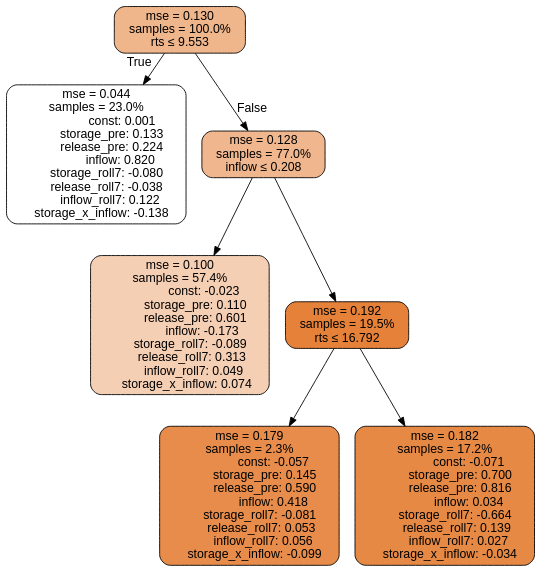
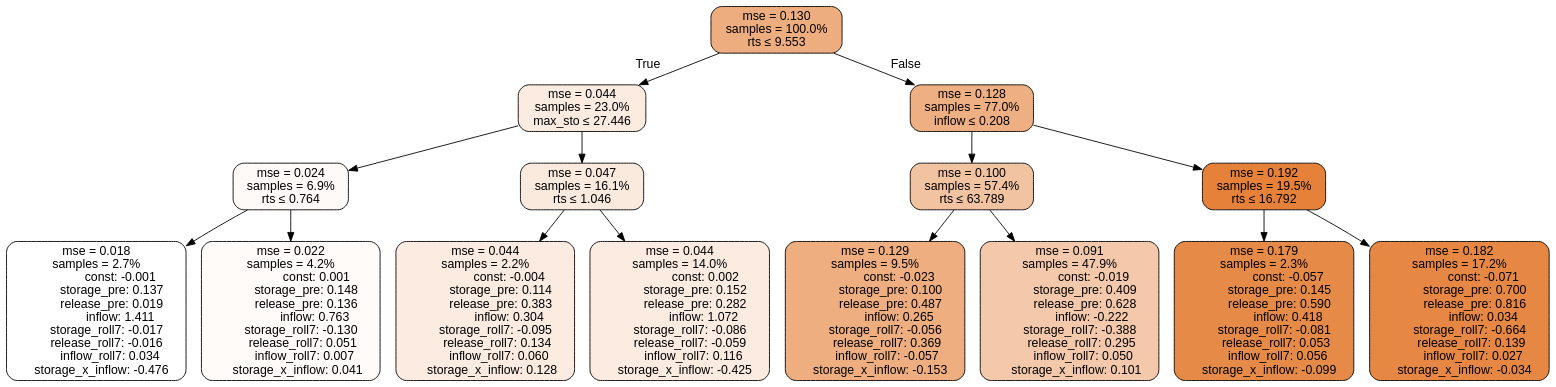
Before and after one commit to lcford2/predict-release: the diagram in results/tclr_model/all/TD3_RT_MS_exhaustive/tree.dot, drawn with Graphviz. The commit also changed 2 other files, not shown here.

```diff
--- a/results/tclr_model/all/TD3_RT_MS_exhaustive/tree.dot
+++ b/results/tclr_model/all/TD3_RT_MS_exhaustive/tree.dot
@@ -1,61 +1,121 @@
 digraph tree {
 bgcolor="transparent"
 node [shape=rectangle, style="filled, rounded", color="black", fontname=helvetica] ;
 edge [fontname=helvetica] ;
 	"0" [label="mse = 0.130
 samples = 100.0%
-rts &le; 9.553", fillcolor="#efb58b"]
+rts &le; 9.553", fillcolor="#eead7f"]
 	"1" [label="mse = 0.044
 samples = 23.0%
+max_sto &le; 27.446", fillcolor="#fbebe1"]
+	"2" [label="mse = 0.024
+samples = 6.9%
+rts &le; 0.764", fillcolor="#fefaf7"]
+	"3" [label="mse = 0.018
+samples = 2.7%
+               const: -0.001
+          storage_pre: 0.137
+          release_pre: 0.019
+               inflow: 1.411
+       storage_roll7: -0.017
+       release_roll7: -0.016
+         inflow_roll7: 0.034
+    storage_x_inflow: -0.476", fillcolor="#ffffff"]
+	"4" [label="mse = 0.022
+samples = 4.2%
                 const: 0.001
-          storage_pre: 0.133
-          release_pre: 0.224
-               inflow: 0.820
-       storage_roll7: -0.080
-       release_roll7: -0.038
-         inflow_roll7: 0.122
-    storage_x_inflow: -0.138", fillcolor="#ffffff"]
-	"2" [label="mse = 0.128
+          storage_pre: 0.148
+          release_pre: 0.136
+               inflow: 0.763
+       storage_roll7: -0.130
+        release_roll7: 0.051
+         inflow_roll7: 0.007
+     storage_x_inflow: 0.041", fillcolor="#fefbf9"]
+	"5" [label="mse = 0.047
+samples = 16.1%
+rts &le; 1.046", fillcolor="#fae9dd"]
+	"6" [label="mse = 0.044
+samples = 2.2%
+               const: -0.004
+          storage_pre: 0.114
+          release_pre: 0.383
+               inflow: 0.304
+       storage_roll7: -0.095
+        release_roll7: 0.134
+         inflow_roll7: 0.060
+     storage_x_inflow: 0.128", fillcolor="#fbebe0"]
+	"7" [label="mse = 0.044
+samples = 14.0%
+                const: 0.002
+          storage_pre: 0.152
+          release_pre: 0.282
+               inflow: 1.072
+       storage_roll7: -0.086
+       release_roll7: -0.059
+         inflow_roll7: 0.116
+    storage_x_inflow: -0.425", fillcolor="#fbebe0"]
+	"8" [label="mse = 0.128
 samples = 77.0%
-inflow &le; 0.208", fillcolor="#f0b78f"]
-	"3" [label="mse = 0.100
+inflow &le; 0.208", fillcolor="#eeaf82"]
+	"9" [label="mse = 0.100
 samples = 57.4%
+rts &le; 63.789", fillcolor="#f2c3a1"]
+	"10" [label="mse = 0.129
+samples = 9.5%
                const: -0.023
-          storage_pre: 0.110
-          release_pre: 0.601
-              inflow: -0.173
-       storage_roll7: -0.089
-        release_roll7: 0.313
-         inflow_roll7: 0.049
-     storage_x_inflow: 0.074", fillcolor="#f5cfb4"]
-	"4" [label="mse = 0.192
+          storage_pre: 0.100
+          release_pre: 0.487
+               inflow: 0.265
+       storage_roll7: -0.056
+        release_roll7: 0.369
+        inflow_roll7: -0.057
+    storage_x_inflow: -0.153", fillcolor="#eeae80"]
+	"11" [label="mse = 0.091
+samples = 47.9%
+               const: -0.019
+          storage_pre: 0.409
+          release_pre: 0.628
+              inflow: -0.222
+       storage_roll7: -0.388
+        release_roll7: 0.295
+         inflow_roll7: 0.050
+     storage_x_inflow: 0.101", fillcolor="#f4c9ab"]
+	"12" [label="mse = 0.192
 samples = 19.5%
 rts &le; 16.792", fillcolor="#e58139"]
-	"5" [label="mse = 0.179
+	"13" [label="mse = 0.179
 samples = 2.3%
                const: -0.057
           storage_pre: 0.145
           release_pre: 0.590
                inflow: 0.418
        storage_roll7: -0.081
         release_roll7: 0.053
          inflow_roll7: 0.056
-    storage_x_inflow: -0.099", fillcolor="#e78c4a"]
-	"6" [label="mse = 0.182
+    storage_x_inflow: -0.099", fillcolor="#e68a47"]
+	"14" [label="mse = 0.182
 samples = 17.2%
                const: -0.071
           storage_pre: 0.700
           release_pre: 0.816
                inflow: 0.034
        storage_roll7: -0.664
         release_roll7: 0.139
          inflow_roll7: 0.027
-    storage_x_inflow: -0.034", fillcolor="#e68945"]
+    storage_x_inflow: -0.034", fillcolor="#e68743"]
 
 	"0" -> "1" [labeldistance=2.5, labelangle=45, headlabel="True"]
-	"0" -> "2" [labeldistance=2.5, labelangle=-45, headlabel="False"]
+	"1" -> "2"
 	"2" -> "3"
 	"2" -> "4"
-	"4" -> "5"
-	"4" -> "6"
+	"1" -> "5"
+	"5" -> "6"
+	"5" -> "7"
+	"0" -> "8" [labeldistance=2.5, labelangle=-45, headlabel="False"]
+	"8" -> "9"
+	"9" -> "10"
+	"9" -> "11"
+	"8" -> "12"
+	"12" -> "13"
+	"12" -> "14"
 }
```
